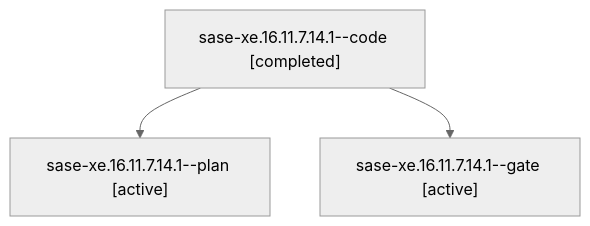
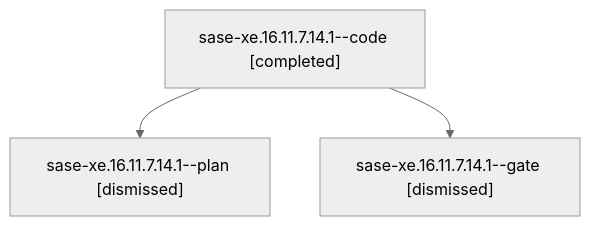
The diagram in sessions/bbugyi200.athena.sase-xe.16.11.7.14.1.md (sase-org/sase--agents), drawn with Mermaid (neutral theme) before and after one commit. The commit also changed other lines of this file and 277 other files, not shown here.

````diff
--- a/sessions/bbugyi200.athena.sase-xe.16.11.7.14.1.md
+++ b/sessions/bbugyi200.athena.sase-xe.16.11.7.14.1.md
@@ -9,8 +9,8 @@
 ```mermaid
 flowchart TD
   n0["sase-xe.16.11.7.14.1--code [completed]"]
-  n1["sase-xe.16.11.7.14.1--plan [active]"]
+  n1["sase-xe.16.11.7.14.1--plan [dismissed]"]
   n0 --> n1
-  n2["sase-xe.16.11.7.14.1--gate [active]"]
+  n2["sase-xe.16.11.7.14.1--gate [dismissed]"]
   n0 --> n2
 ```
````
